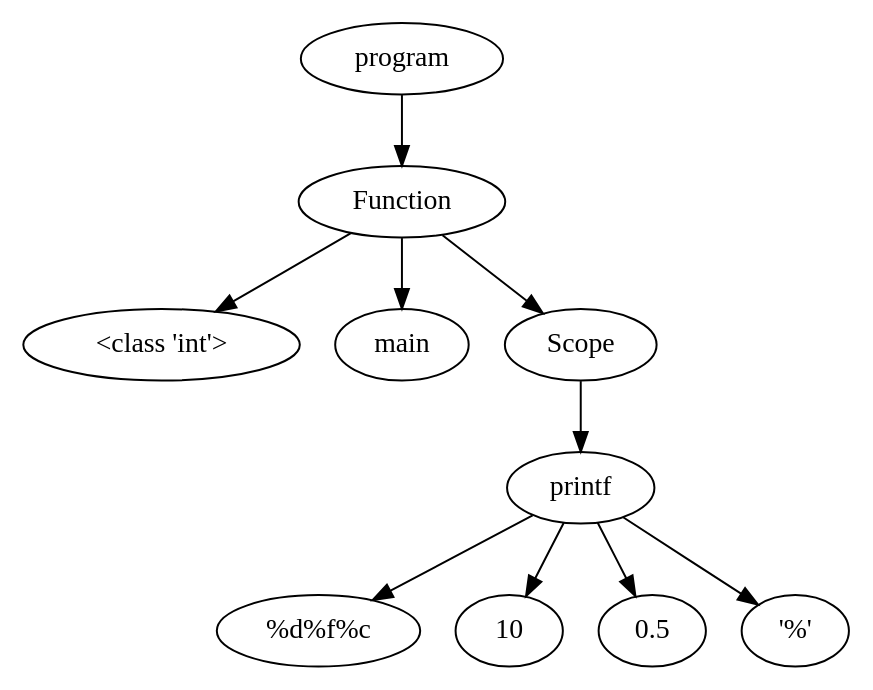
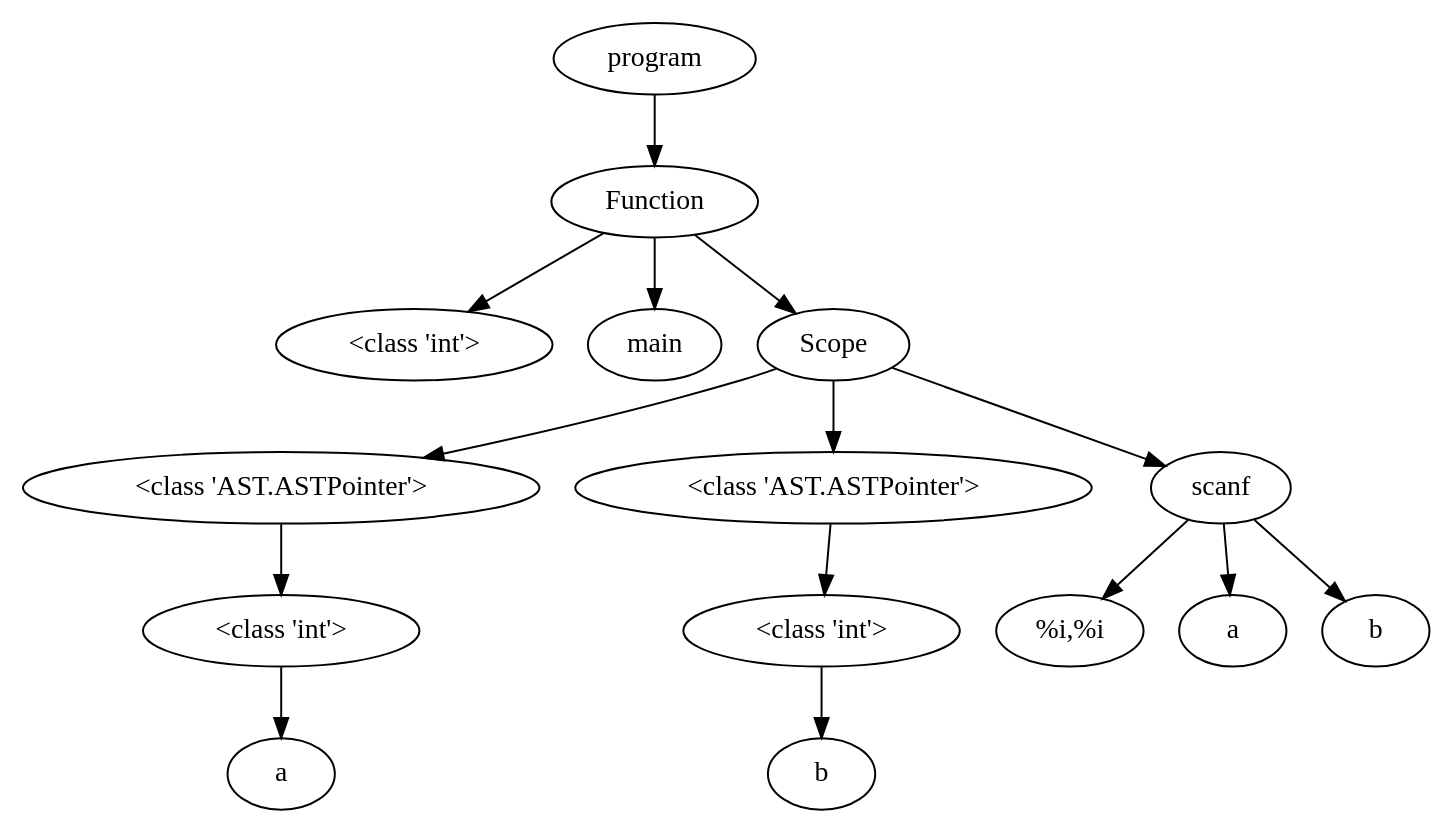
Before and after one commit to NielsVandenBroeck/COMP_Compiler: the diagram in OutputFiles/dotVisualization.dot, drawn with Graphviz. The commit also changed 4 other files, not shown here.

```diff
--- a/OutputFiles/dotVisualization.dot
+++ b/OutputFiles/dotVisualization.dot
@@ -1,24 +1,38 @@
 digraph G { 
-"<AST.AST object at 0x0000019986E495B0> (0)"[label="program"]
-"<AST.ASTFunction object at 0x0000019986E49100> (1)"[label="Function"]
-"<AST.AST object at 0x0000019986E495B0> (0)"->"<AST.ASTFunction object at 0x0000019986E49100> (1)"
-"<AST.ASTFunction object at 0x0000019986E49100> (1)"[label="Function"]
-"<AST.ASTDataType object at 0x0000019986E49F70> (2)"[label="<class 'int'>"]
-"<AST.ASTFunction object at 0x0000019986E49100> (1)"->"<AST.ASTDataType object at 0x0000019986E49F70> (2)"
-"<AST.ASTFunctionName object at 0x0000019986E49940> (2)"[label="main"]
-"<AST.ASTFunction object at 0x0000019986E49100> (1)"->"<AST.ASTFunctionName object at 0x0000019986E49940> (2)"
-"<AST.ASTScope object at 0x0000019986E49AF0> (2)"[label="Scope"]
-"<AST.ASTFunction object at 0x0000019986E49100> (1)"->"<AST.ASTScope object at 0x0000019986E49AF0> (2)"
-"<AST.ASTScope object at 0x0000019986E49AF0> (2)"[label="Scope"]
-"<AST.ASTPrintf object at 0x0000019986E49E80> (3)"[label="printf"]
-"<AST.ASTScope object at 0x0000019986E49AF0> (2)"->"<AST.ASTPrintf object at 0x0000019986E49E80> (3)"
-"<AST.ASTPrintf object at 0x0000019986E49E80> (3)"[label="printf"]
-"<AST.ASTText object at 0x0000019986E49D90> (4)"[label="%d%f%c"]
-"<AST.ASTPrintf object at 0x0000019986E49E80> (3)"->"<AST.ASTText object at 0x0000019986E49D90> (4)"
-"<AST.ASTInt object at 0x0000019986E49B20> (4)"[label="10"]
-"<AST.ASTPrintf object at 0x0000019986E49E80> (3)"->"<AST.ASTInt object at 0x0000019986E49B20> (4)"
-"<AST.ASTFloat object at 0x0000019986E49E50> (4)"[label="0.5"]
-"<AST.ASTPrintf object at 0x0000019986E49E80> (3)"->"<AST.ASTFloat object at 0x0000019986E49E50> (4)"
-"<AST.ASTChar object at 0x0000019986E493D0> (4)"[label="'%'"]
-"<AST.ASTPrintf object at 0x0000019986E49E80> (3)"->"<AST.ASTChar object at 0x0000019986E493D0> (4)"
+"<AST.AST object at 0x000001EB2C3D7940> (0)"[label="program"]
+"<AST.ASTFunction object at 0x000001EB2C3D7520> (1)"[label="Function"]
+"<AST.AST object at 0x000001EB2C3D7940> (0)"->"<AST.ASTFunction object at 0x000001EB2C3D7520> (1)"
+"<AST.ASTFunction object at 0x000001EB2C3D7520> (1)"[label="Function"]
+"<AST.ASTDataType object at 0x000001EB2C3D72E0> (2)"[label="<class 'int'>"]
+"<AST.ASTFunction object at 0x000001EB2C3D7520> (1)"->"<AST.ASTDataType object at 0x000001EB2C3D72E0> (2)"
+"<AST.ASTFunctionName object at 0x000001EB2C3D7400> (2)"[label="main"]
+"<AST.ASTFunction object at 0x000001EB2C3D7520> (1)"->"<AST.ASTFunctionName object at 0x000001EB2C3D7400> (2)"
+"<AST.ASTScope object at 0x000001EB2C3D7580> (2)"[label="Scope"]
+"<AST.ASTFunction object at 0x000001EB2C3D7520> (1)"->"<AST.ASTScope object at 0x000001EB2C3D7580> (2)"
+"<AST.ASTScope object at 0x000001EB2C3D7580> (2)"[label="Scope"]
+"<AST.ASTPointer object at 0x000001EB2C3D7070> (3)"[label="<class 'AST.ASTPointer'>"]
+"<AST.ASTScope object at 0x000001EB2C3D7580> (2)"->"<AST.ASTPointer object at 0x000001EB2C3D7070> (3)"
+"<AST.ASTPointer object at 0x000001EB2C3D7070> (3)"[label="<class 'AST.ASTPointer'>"]
+"<AST.ASTDataType object at 0x000001EB2C3D7040> (4)"[label="<class 'int'>"]
+"<AST.ASTPointer object at 0x000001EB2C3D7070> (3)"->"<AST.ASTDataType object at 0x000001EB2C3D7040> (4)"
+"<AST.ASTDataType object at 0x000001EB2C3D7040> (4)"[label="<class 'int'>"]
+"<AST.ASTVariable object at 0x000001EB2C3D74C0> (5)"[label="a"]
+"<AST.ASTDataType object at 0x000001EB2C3D7040> (4)"->"<AST.ASTVariable object at 0x000001EB2C3D74C0> (5)"
+"<AST.ASTPointer object at 0x000001EB2C3D7B20> (3)"[label="<class 'AST.ASTPointer'>"]
+"<AST.ASTScope object at 0x000001EB2C3D7580> (2)"->"<AST.ASTPointer object at 0x000001EB2C3D7B20> (3)"
+"<AST.ASTPointer object at 0x000001EB2C3D7B20> (3)"[label="<class 'AST.ASTPointer'>"]
+"<AST.ASTDataType object at 0x000001EB2C3D7760> (4)"[label="<class 'int'>"]
+"<AST.ASTPointer object at 0x000001EB2C3D7B20> (3)"->"<AST.ASTDataType object at 0x000001EB2C3D7760> (4)"
+"<AST.ASTDataType object at 0x000001EB2C3D7760> (4)"[label="<class 'int'>"]
+"<AST.ASTVariable object at 0x000001EB2C3D7DC0> (5)"[label="b"]
+"<AST.ASTDataType object at 0x000001EB2C3D7760> (4)"->"<AST.ASTVariable object at 0x000001EB2C3D7DC0> (5)"
+"<AST.ASTScanf object at 0x000001EB2C3D7700> (3)"[label="scanf"]
+"<AST.ASTScope object at 0x000001EB2C3D7580> (2)"->"<AST.ASTScanf object at 0x000001EB2C3D7700> (3)"
+"<AST.ASTScanf object at 0x000001EB2C3D7700> (3)"[label="scanf"]
+"<AST.ASTText object at 0x000001EB2C3D7D00> (4)"[label="%i,%i"]
+"<AST.ASTScanf object at 0x000001EB2C3D7700> (3)"->"<AST.ASTText object at 0x000001EB2C3D7D00> (4)"
+"<AST.ASTVariable object at 0x000001EB2C3D71C0> (4)"[label="a"]
+"<AST.ASTScanf object at 0x000001EB2C3D7700> (3)"->"<AST.ASTVariable object at 0x000001EB2C3D71C0> (4)"
+"<AST.ASTVariable object at 0x000001EB2C3D73A0> (4)"[label="b"]
+"<AST.ASTScanf object at 0x000001EB2C3D7700> (3)"->"<AST.ASTVariable object at 0x000001EB2C3D73A0> (4)"
 }
```
